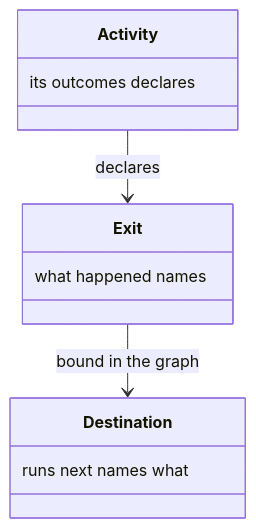
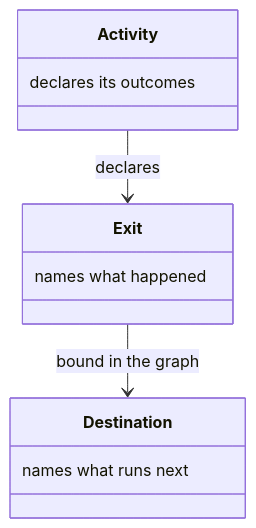
One commit to m2ux/workflow-server changed the sixth of 6 diagrams in docs/workflow.md. Above: the diagram before and after it, drawn with Mermaid. The commit also changed other lines of this file and 10 other files, not shown here.

Commit message:
Write each class-box note in reading order so the diagram shows the phrase as written.

````diff
--- a/docs/workflow.md
+++ b/docs/workflow.md
@@ -112,14 +112,14 @@
 ```mermaid
 classDiagram
   class Activity {
-    its outcomes declares
+    declares its outcomes
   }
   class Exit {
-    what happened names
+    names what happened
   }
   class Destination {
-    runs next names what
+    names what runs next
   }
   Activity --> Exit : declares
   Exit --> Destination : bound in the graph
 ```
````
